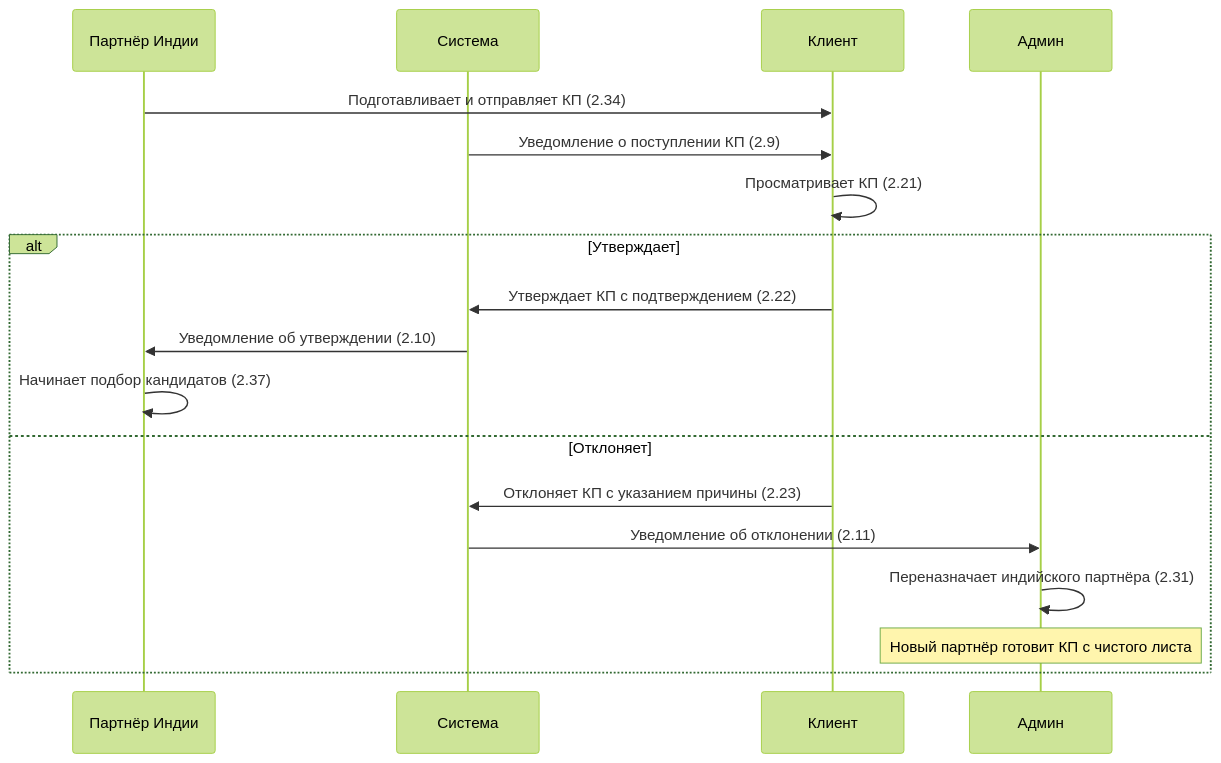
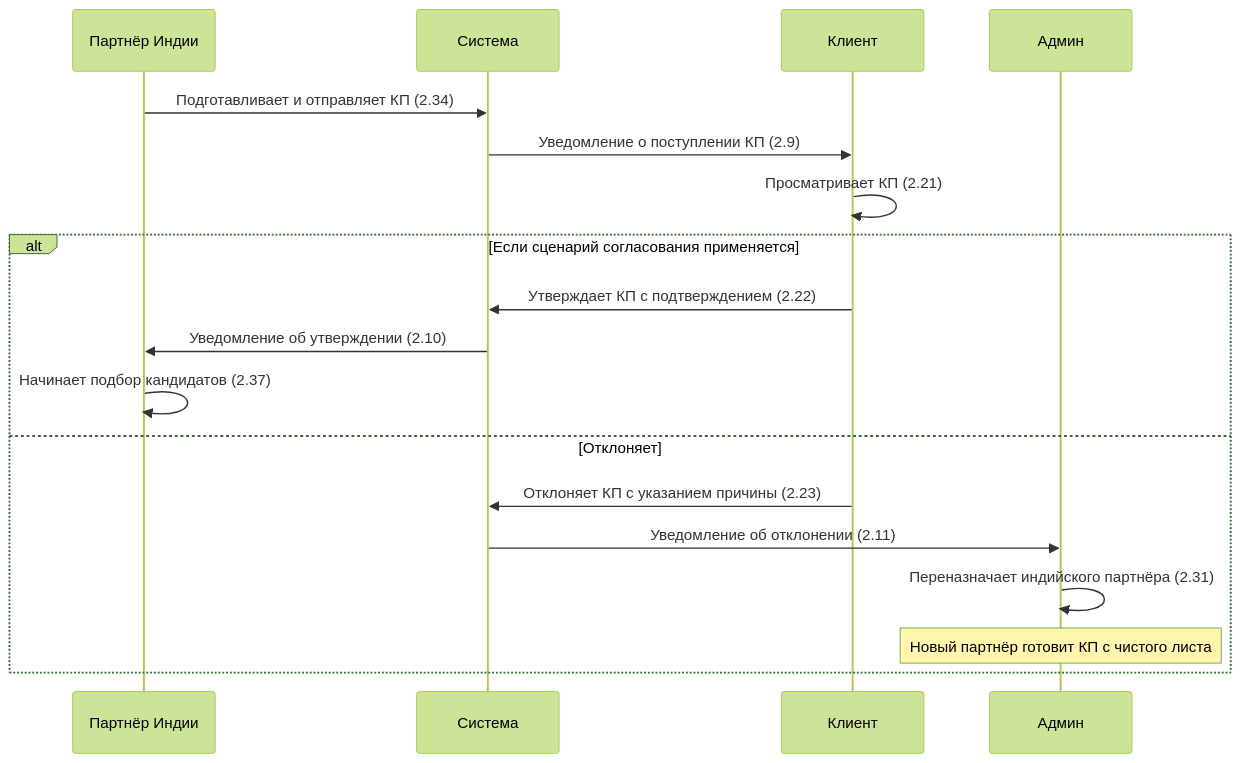
Before and after one commit to dan-rozhkov/indian-platform-docs: the diagram in processes/Работа с КП.md, drawn with Mermaid (forest theme). The commit also changed other lines of this file and 24 other files, not shown here.

````diff
--- a/processes/Работа с КП.md
+++ b/processes/Работа с КП.md
@@ -13,21 +19,21 @@
 ```mermaid
 sequenceDiagram
   participant India as Партнёр Индии
   participant System as Система
   participant Client as Клиент
   participant Admin as Админ
 
-  India->>Client: Подготавливает и отправляет КП (2.34)
+  India->>System: Подготавливает и отправляет КП (2.34)
   System->>Client: Уведомление о поступлении КП (2.9)
   Client->>Client: Просматривает КП (2.21)
-  alt Утверждает
+  alt Если сценарий согласования применяется
     Client->>System: Утверждает КП с подтверждением (2.22)
     System->>India: Уведомление об утверждении (2.10)
     India->>India: Начинает подбор кандидатов (2.37)
   else Отклоняет
     Client->>System: Отклоняет КП с указанием причины (2.23)
     System->>Admin: Уведомление об отклонении (2.11)
     Admin->>Admin: Переназначает индийского партнёра (2.31)
     Note over Admin: Новый партнёр готовит КП с чистого листа
   end
 ```
````
